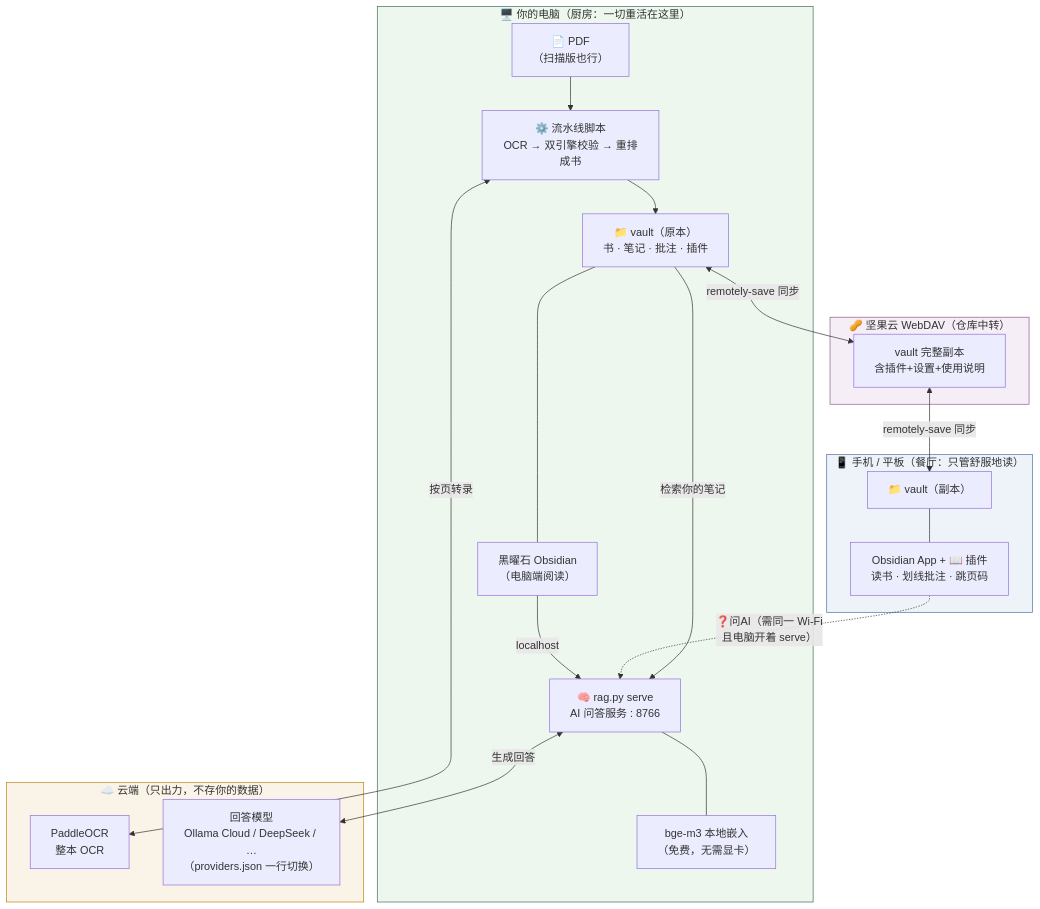
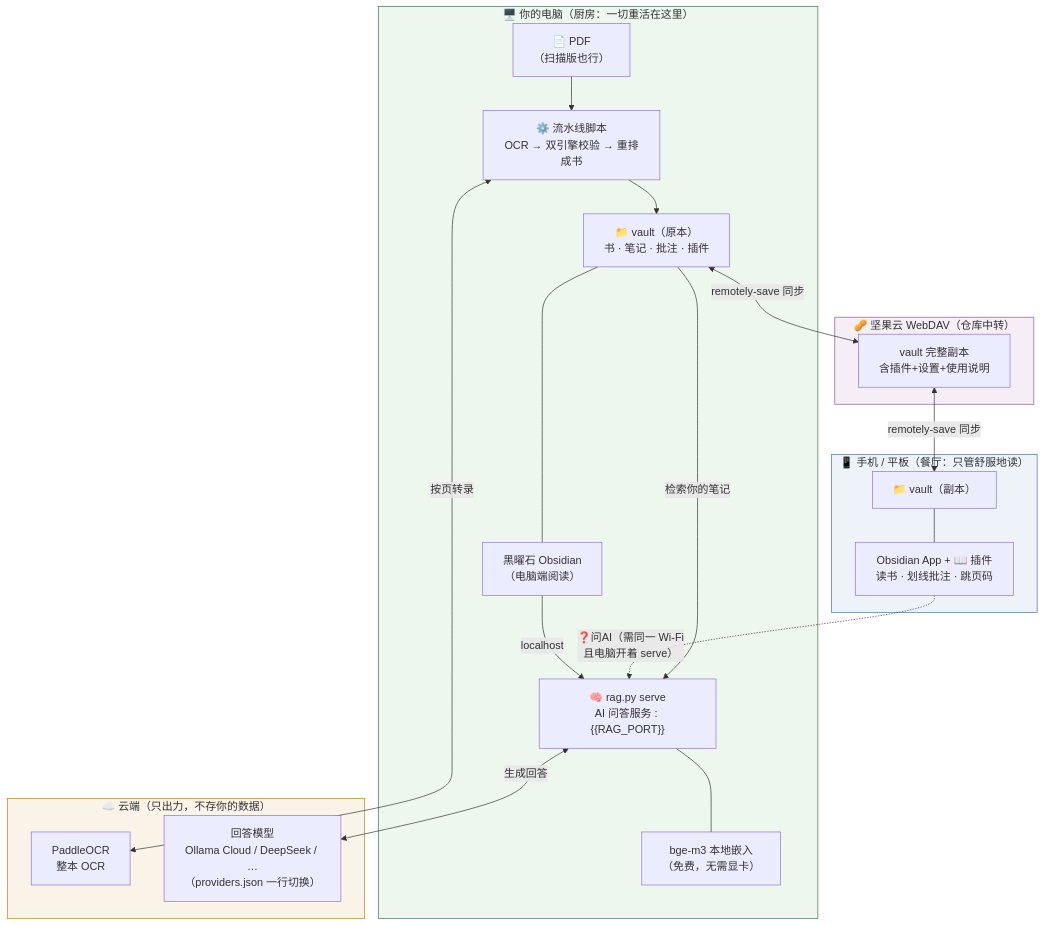
One commit to xukkx/reading-kit changed the diagram in templates/vault/系统架构.md. Above: the diagram before and after it, drawn with Mermaid. The commit also changed 14 other files, not shown here.

````diff
--- a/templates/vault/系统架构.md
+++ b/templates/vault/系统架构.md
@@ -12,42 +12,42 @@
 ```mermaid
 graph TB
     subgraph PC["🖥️ 你的电脑（厨房：一切重活在这里）"]
         PDF["📄 PDF<br>（扫描版也行）"]
         PIPE["⚙️ 流水线脚本<br>OCR → 双引擎校验 → 重排成书"]
-        SERVE["🧠 rag.py serve<br>AI 问答服务 : 8766"]
+        SERVE["🧠 rag.py serve<br>AI 问答服务 : {{RAG_PORT}}"]
         OLL["bge-m3 本地嵌入<br>（免费，无需显卡）"]
         VP["📁 vault（原本）<br>书 · 笔记 · 批注 · 插件"]
         OBP["黑曜石 Obsidian<br>（电脑端阅读）"]
         PDF --> PIPE --> VP
         VP --- OBP
         SERVE --- OLL
         VP -->|"检索你的笔记"| SERVE
     end
 
     subgraph CLOUD["☁️ 云端（只出力，不存你的数据）"]
         POCR["PaddleOCR<br>整本 OCR"]
         LLM["回答模型<br>Ollama Cloud / DeepSeek / …<br>（providers.json 一行切换）"]
     end
 
     subgraph SYNC["🥜 坚果云 WebDAV（仓库中转）"]
         JG["vault 完整副本<br>含插件+设置+使用说明"]
     end
 
     subgraph MOBILE["📱 手机 / 平板（餐厅：只管舒服地读）"]
         VM["📁 vault（副本）"]
         OBM["Obsidian App + 📖 插件<br>读书 · 划线批注 · 跳页码"]
         VM --- OBM
     end
 
     PIPE <-->|"按页转录"| POCR
     SERVE <-->|"生成回答"| LLM
     VP <-->|"remotely-save 同步"| JG
     JG <-->|"remotely-save 同步"| VM
     OBM -.->|"❓问AI（需同一 Wi-Fi<br>且电脑开着 serve）"| SERVE
     OBP -->|"localhost"| SERVE
 
     style PC fill:#eef7ee,stroke:#3d6b54
     style MOBILE fill:#eef3fa,stroke:#4a6fa5
     style CLOUD fill:#faf3e8,stroke:#b8860b
     style SYNC fill:#f5eef7,stroke:#8b5a8b
 ```
````
